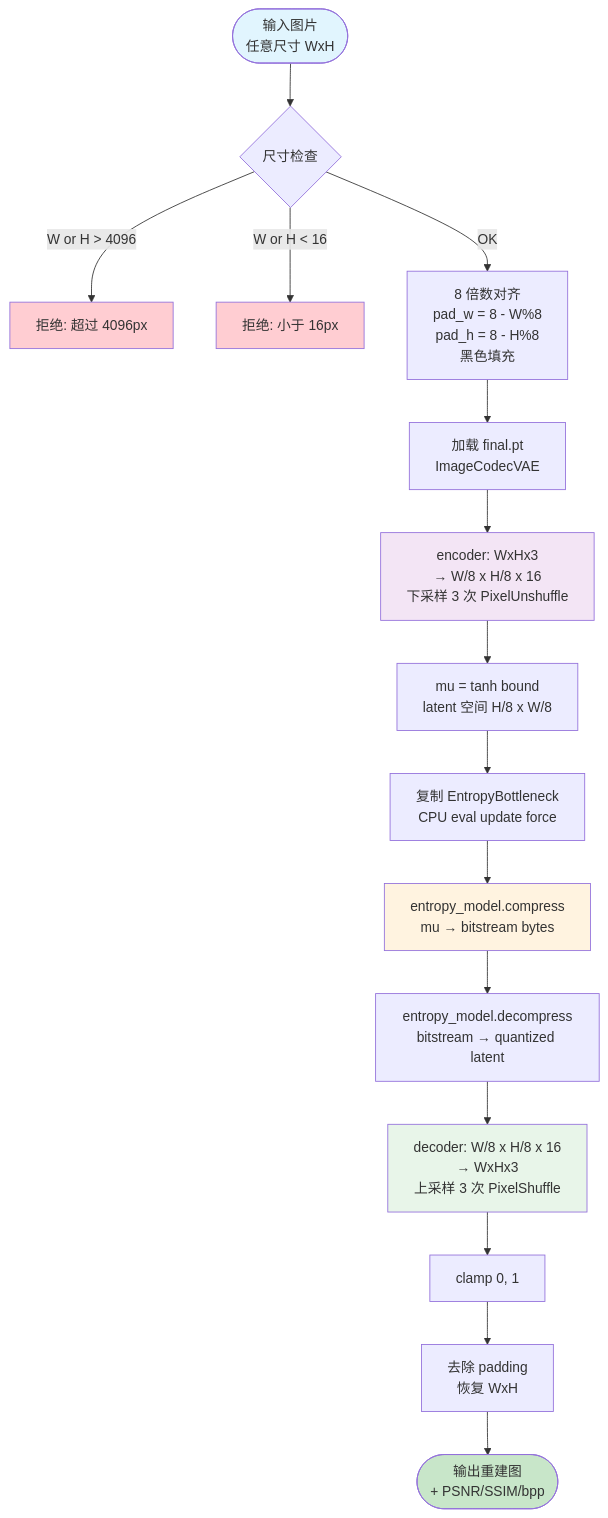
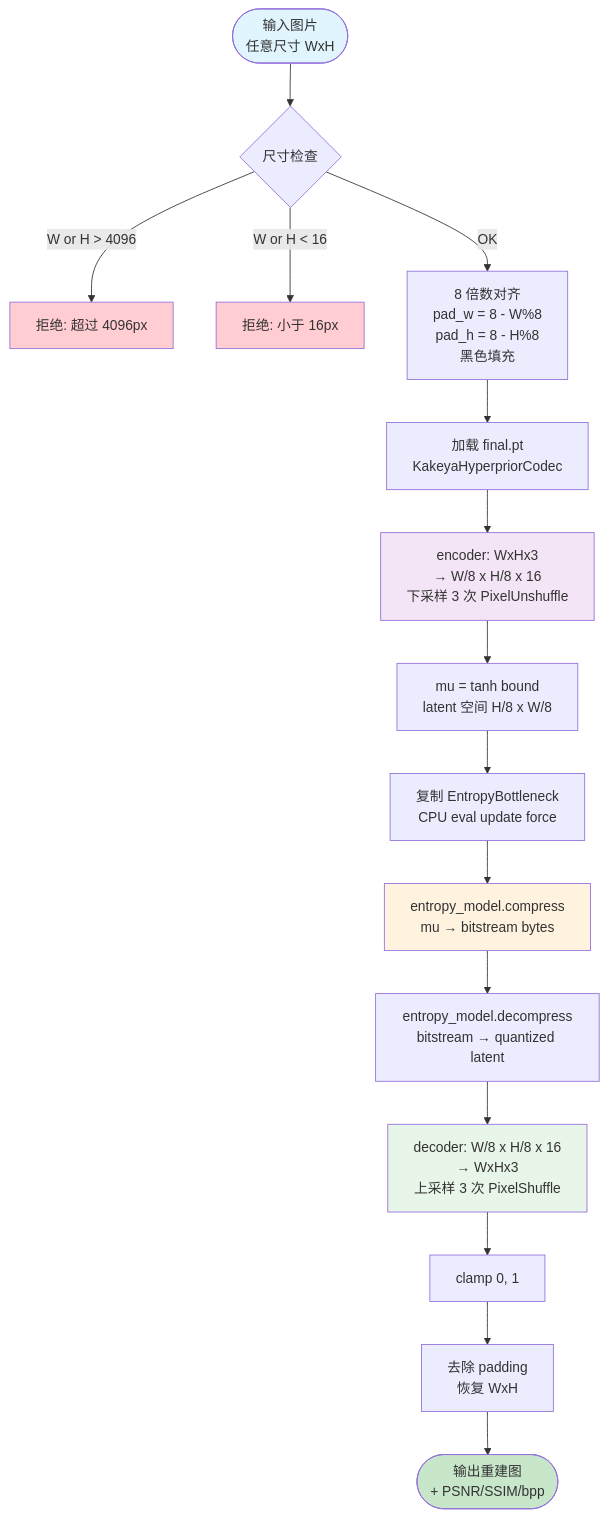
One commit to novvoo/kakeya-vae changed diagram 12 of 17 in docs/architecture.md. Above: the diagram before and after it, drawn with Mermaid. The commit also changed other lines of this file and 9 other files, not shown here.

````diff
--- a/docs/architecture.md
+++ b/docs/architecture.md
@@ -999,29 +670,29 @@
 ```mermaid
 flowchart TD
     INPUT([输入图片<br/>任意尺寸 WxH]) --> CHK{尺寸检查}
     CHK -->|W or H > 4096| REJECT[拒绝: 超过 4096px]
     CHK -->|W or H < 16| REJECT2[拒绝: 小于 16px]
     CHK -->|OK| PAD[8 倍数对齐<br/>pad_w = 8 - W%8<br/>pad_h = 8 - H%8<br/>黑色填充]
 
-    PAD --> LOAD[加载 final.pt<br/>ImageCodecVAE]
+    PAD --> LOAD[加载 final.pt<br/>KakeyaHyperpriorCodec]
     LOAD --> ENCODE[encoder: WxHx3<br/>→ W/8 x H/8 x 16<br/>下采样 3 次 PixelUnshuffle]
 
     ENCODE --> MU[mu = tanh bound<br/>latent 空间 H/8 x W/8]
     MU --> EB_COPY[复制 EntropyBottleneck<br/>CPU eval update force]
 
     EB_COPY --> COMPRESS[entropy_model.compress<br/>mu → bitstream bytes]
     COMPRESS --> DECOMPRESS[entropy_model.decompress<br/>bitstream → quantized latent]
     DECOMPRESS --> DECODE[decoder: W/8 x H/8 x 16<br/>→ WxHx3<br/>上采样 3 次 PixelShuffle]
 
     DECODE --> CLAMP[clamp 0, 1]
     CLAMP --> CROP[去除 padding<br/>恢复 WxH]
     CROP --> OUT([输出重建图<br/>+ PSNR/SSIM/bpp])
 
     style INPUT fill:#e1f5fe
     style ENCODE fill:#f3e5f5
     style COMPRESS fill:#fff3e0
     style DECODE fill:#e8f5e9
     style OUT fill:#c8e6c9
     style REJECT fill:#ffcdd2
     style REJECT2 fill:#ffcdd2
 ```
````
